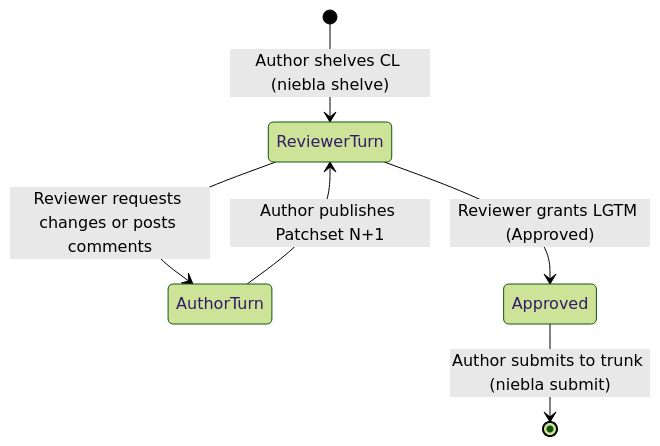
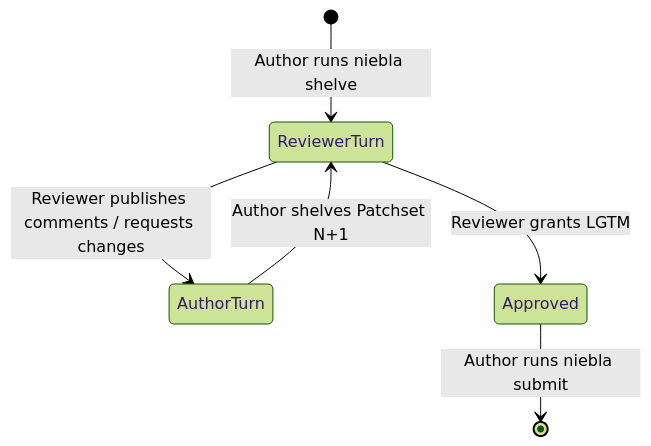
Before and after one commit to mrtnzjsh/niebla: the second of 2 diagrams in docs-site/src/content/docs/cotejo/overview.md, drawn with Mermaid (forest theme). The commit also changed other lines of this file and 40 other files, not shown here.

````diff
--- a/docs-site/src/content/docs/cotejo/overview.md
+++ b/docs-site/src/content/docs/cotejo/overview.md
@@ -93,8 +39,8 @@
 ```mermaid
 stateDiagram-v2
-    [*] --> ReviewerTurn: Author shelves CL (niebla shelve)
-    ReviewerTurn --> AuthorTurn: Reviewer requests changes or posts comments
-    AuthorTurn --> ReviewerTurn: Author publishes Patchset N+1
-    ReviewerTurn --> Approved: Reviewer grants LGTM (Approved)
-    Approved --> [*]: Author submits to trunk (niebla submit)
+    [*] --> ReviewerTurn: Author runs niebla shelve
+    ReviewerTurn --> AuthorTurn: Reviewer publishes comments / requests changes
+    AuthorTurn --> ReviewerTurn: Author shelves Patchset N+1
+    ReviewerTurn --> Approved: Reviewer grants LGTM
+    Approved --> [*]: Author runs niebla submit
 ```
````
